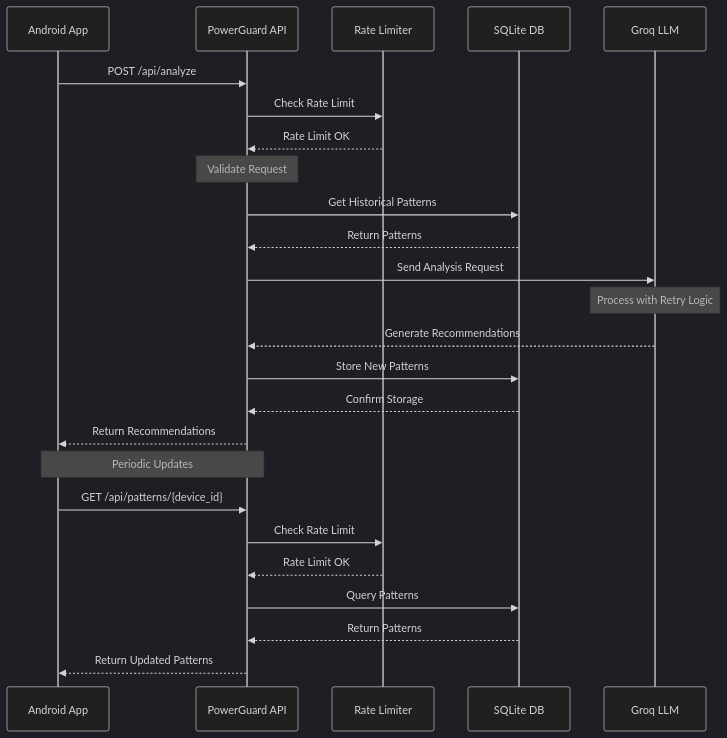
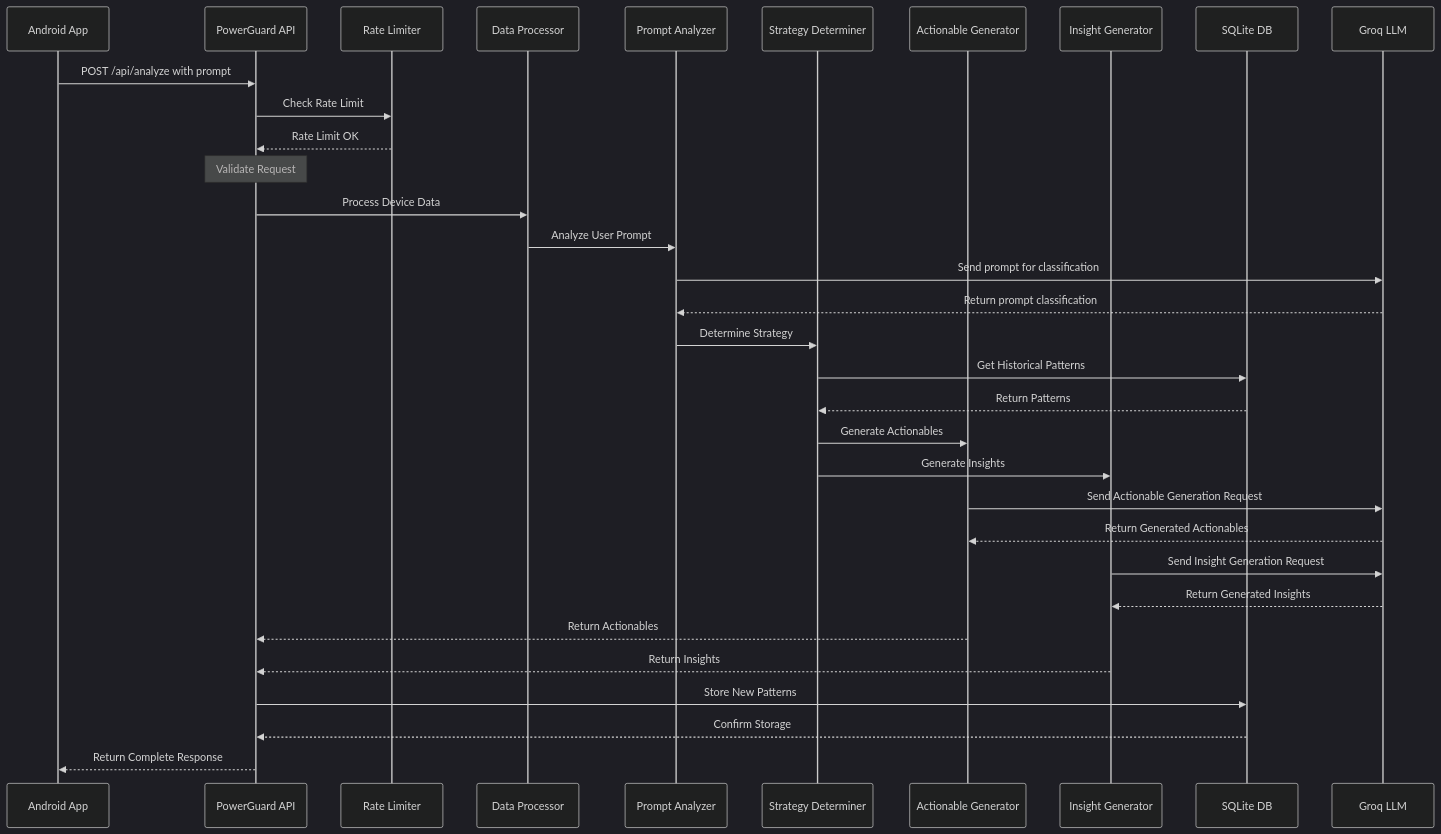
The third of 8 diagrams in ARCHITECTURE.md (hiteshchopra11/PowerGuardBackend), drawn with Mermaid (dark theme) before and after one commit. The commit also changed other lines of this file and 2 other files, not shown here.

First line of the commit message:
Enhance architecture and documentation for smart prompt analysis and optimization strategies

````diff
--- a/ARCHITECTURE.md
+++ b/ARCHITECTURE.md
@@ -57,29 +128,36 @@
 ```mermaid
 sequenceDiagram
     participant App as Android App
     participant API as PowerGuard API
     participant RL as Rate Limiter
+    participant DP as Data Processor
+    participant PA as Prompt Analyzer
+    participant SD as Strategy Determiner
+    participant AG as Actionable Generator
+    participant IG as Insight Generator
     participant DB as SQLite DB
     participant LLM as Groq LLM
     
-    App->>API: POST /api/analyze
+    App->>API: POST /api/analyze with prompt
     API->>RL: Check Rate Limit
     RL-->>API: Rate Limit OK
     Note over API: Validate Request
-    API->>DB: Get Historical Patterns
-    DB-->>API: Return Patterns
-    API->>LLM: Send Analysis Request
-    Note over LLM: Process with Retry Logic
-    LLM-->>API: Generate Recommendations
+    API->>DP: Process Device Data
+    DP->>PA: Analyze User Prompt
+    PA->>LLM: Send prompt for classification
+    LLM-->>PA: Return prompt classification
+    PA->>SD: Determine Strategy
+    SD->>DB: Get Historical Patterns
+    DB-->>SD: Return Patterns
+    SD->>AG: Generate Actionables
+    SD->>IG: Generate Insights
+    AG->>LLM: Send Actionable Generation Request
+    LLM-->>AG: Return Generated Actionables
+    IG->>LLM: Send Insight Generation Request
+    LLM-->>IG: Return Generated Insights
+    AG-->>API: Return Actionables
+    IG-->>API: Return Insights
     API->>DB: Store New Patterns
     DB-->>API: Confirm Storage
-    API-->>App: Return Recommendations
-    
-    Note over App,API: Periodic Updates
-    App->>API: GET /api/patterns/{device_id}
-    API->>RL: Check Rate Limit
-    RL-->>API: Rate Limit OK
-    API->>DB: Query Patterns
-    DB-->>API: Return Patterns
-    API-->>App: Return Updated Patterns
+    API-->>App: Return Complete Response
 ```
````
